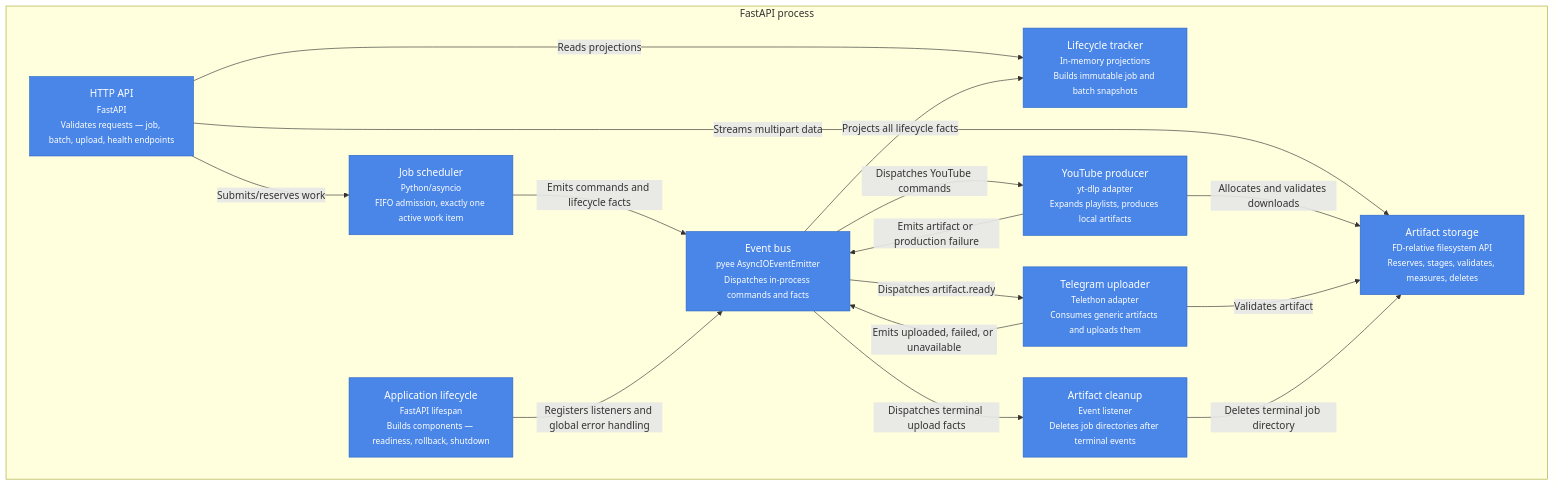
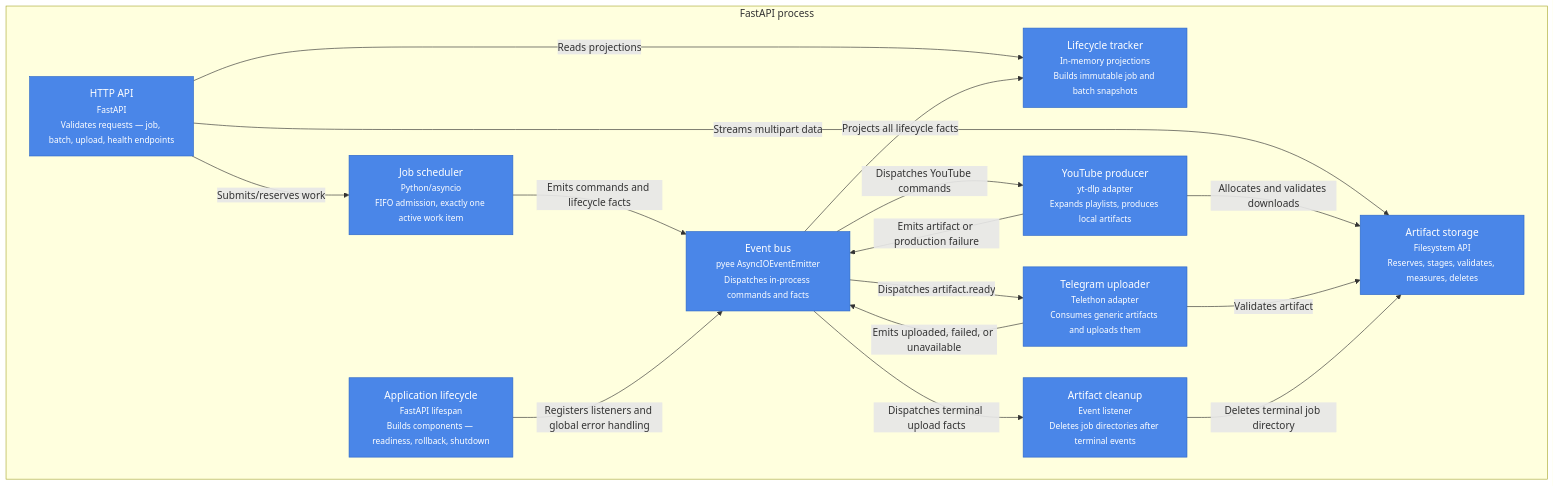
Before and after one commit to ShauryaTomer/anything-2-telegram: the third of 4 diagrams in docs/current-architecture.md, drawn with Mermaid. The commit also changed other lines of this file and 42 other files, not shown here.

````diff
--- a/docs/current-architecture.md
+++ b/docs/current-architecture.md
@@ -59,32 +63,32 @@
 ```mermaid
 flowchart TB
   subgraph server["FastAPI process"]
     api["HTTP API<br/><small>FastAPI</small><br/><small>Validates requests — job, batch, upload, health endpoints</small>"]
     scheduler["Job scheduler<br/><small>Python/asyncio</small><br/><small>FIFO admission, exactly one active work item</small>"]
     bus["Event bus<br/><small>pyee AsyncIOEventEmitter</small><br/><small>Dispatches in-process commands and facts</small>"]
     youtubeProducer["YouTube producer<br/><small>yt-dlp adapter</small><br/><small>Expands playlists, produces local artifacts</small>"]
     telegramUploader["Telegram uploader<br/><small>Telethon adapter</small><br/><small>Consumes generic artifacts and uploads them</small>"]
     tracker["Lifecycle tracker<br/><small>In-memory projections</small><br/><small>Builds immutable job and batch snapshots</small>"]
-    storage["Artifact storage<br/><small>FD-relative filesystem API</small><br/><small>Reserves, stages, validates, measures, deletes</small>"]
+    storage["Artifact storage<br/><small>Filesystem API</small><br/><small>Reserves, stages, validates, measures, deletes</small>"]
     cleanup["Artifact cleanup<br/><small>Event listener</small><br/><small>Deletes job directories after terminal events</small>"]
     lifecycle["Application lifecycle<br/><small>FastAPI lifespan</small><br/><small>Builds components — readiness, rollback, shutdown</small>"]
   end
 
   api -->|"Submits/reserves work"| scheduler
   api -->|"Reads projections"| tracker
   api -->|"Streams multipart data"| storage
   scheduler -->|"Emits commands and lifecycle facts"| bus
   bus -->|"Dispatches YouTube commands"| youtubeProducer
   youtubeProducer -->|"Allocates and validates downloads"| storage
   youtubeProducer -->|"Emits artifact or production failure"| bus
   bus -->|"Dispatches artifact.ready"| telegramUploader
   telegramUploader -->|"Validates artifact"| storage
   telegramUploader -->|"Emits uploaded, failed, or unavailable"| bus
   bus -->|"Projects all lifecycle facts"| tracker
   bus -->|"Dispatches terminal upload facts"| cleanup
   cleanup -->|"Deletes terminal job directory"| storage
   lifecycle -->|"Registers listeners and global error handling"| bus
 
   classDef comp fill:#4a86e8,stroke:#2a66c8,color:#fff
   class api,scheduler,bus,youtubeProducer,telegramUploader,tracker,storage,cleanup,lifecycle comp
 ```
````
